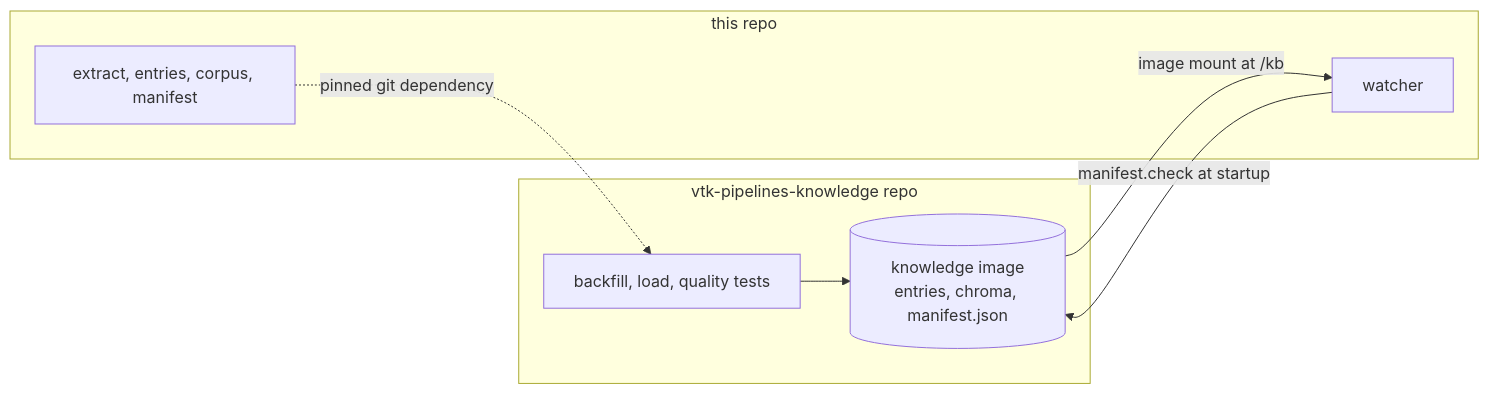
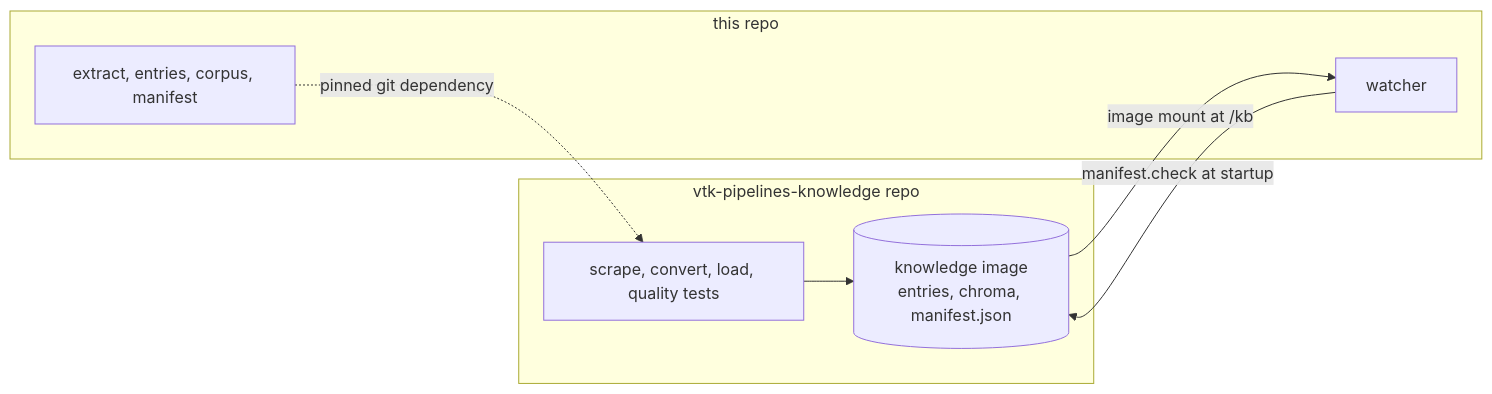
The third of 5 diagrams in ARCHITECTURE.md (vicentebolea/gitlab-pipelines-watch), drawn with Mermaid before and after one commit. The commit also changed other lines of this file and 1 other file, not shown here.

Commit message:
Shorten the README and describe the scrape, convert and load stages

````diff
--- a/ARCHITECTURE.md
+++ b/ARCHITECTURE.md
@@ -118,13 +119,13 @@
 ```mermaid
 flowchart LR
     subgraph KR[vtk-pipelines-knowledge repo]
-        B[backfill, load, quality tests] --> KI[(knowledge image<br/>entries, chroma, manifest.json)]
+        B[scrape, convert, load, quality tests] --> KI[(knowledge image<br/>entries, chroma, manifest.json)]
     end
     subgraph AR[this repo]
         LIB[extract, entries, corpus, manifest]
         W[watcher]
     end
     LIB -. pinned git dependency .-> B
     KI -- image mount at /kb --> W
     W -- manifest.check at startup --> KI
 ```
````
